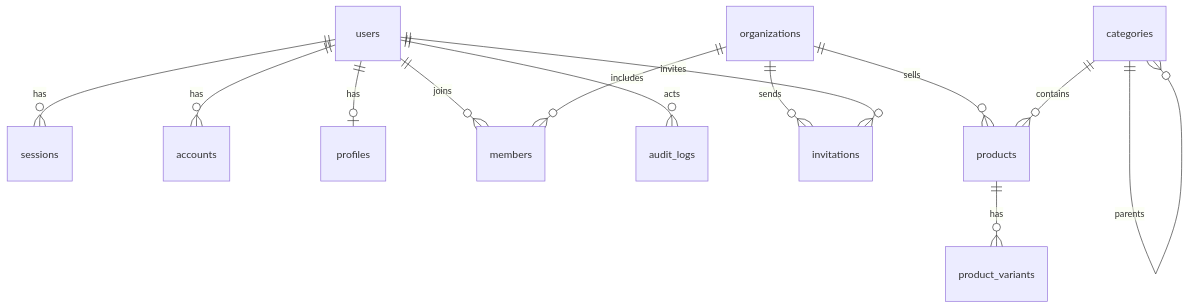
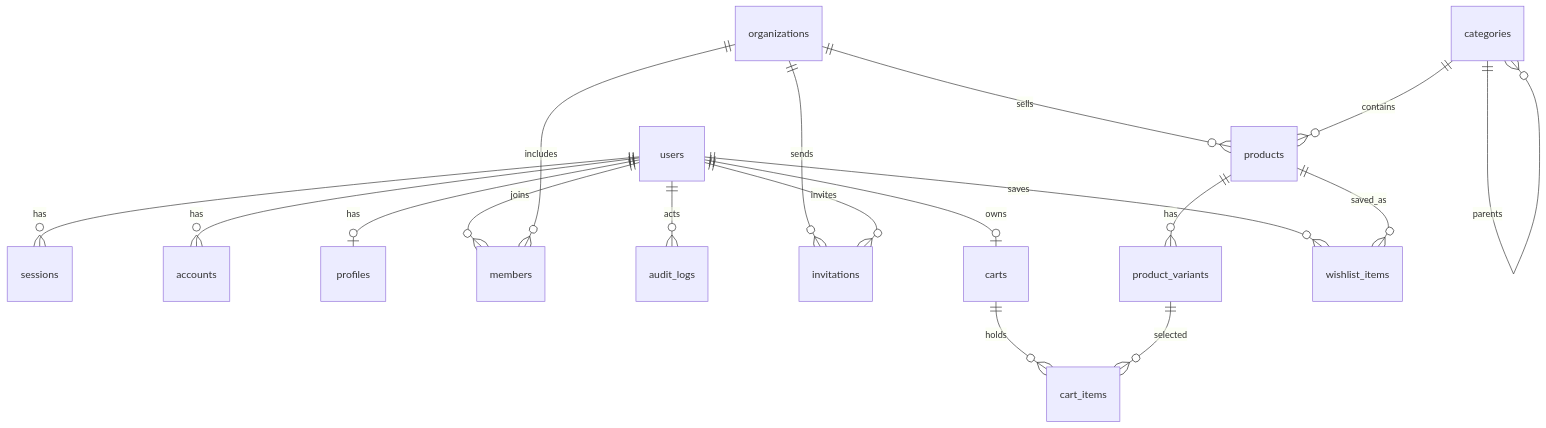
One commit to ibrahimSumon47/sawdagar-dokanpart changed the diagram in docs/DATABASE.md. Above: the diagram before and after it, drawn with Mermaid. The commit also changed other lines of this file and 72 other files, not shown here.

First line of the commit message:
feat(shop): add cart drawer, wishlist and compare

````diff
--- a/docs/DATABASE.md
+++ b/docs/DATABASE.md
@@ -9,15 +9,20 @@
 ```mermaid
 erDiagram
   users ||--o{ sessions : has
   users ||--o{ accounts : has
   users ||--o| profiles : has
   users ||--o{ members : joins
   users ||--o{ audit_logs : acts
   organizations ||--o{ members : includes
   organizations ||--o{ invitations : sends
   organizations ||--o{ products : sells
   users ||--o{ invitations : invites
   categories ||--o{ categories : parents
   categories ||--o{ products : contains
   products ||--o{ product_variants : has
+  users ||--o| carts : owns
+  carts ||--o{ cart_items : holds
+  product_variants ||--o{ cart_items : selected
+  users ||--o{ wishlist_items : saves
+  products ||--o{ wishlist_items : saved_as
 ```
````
